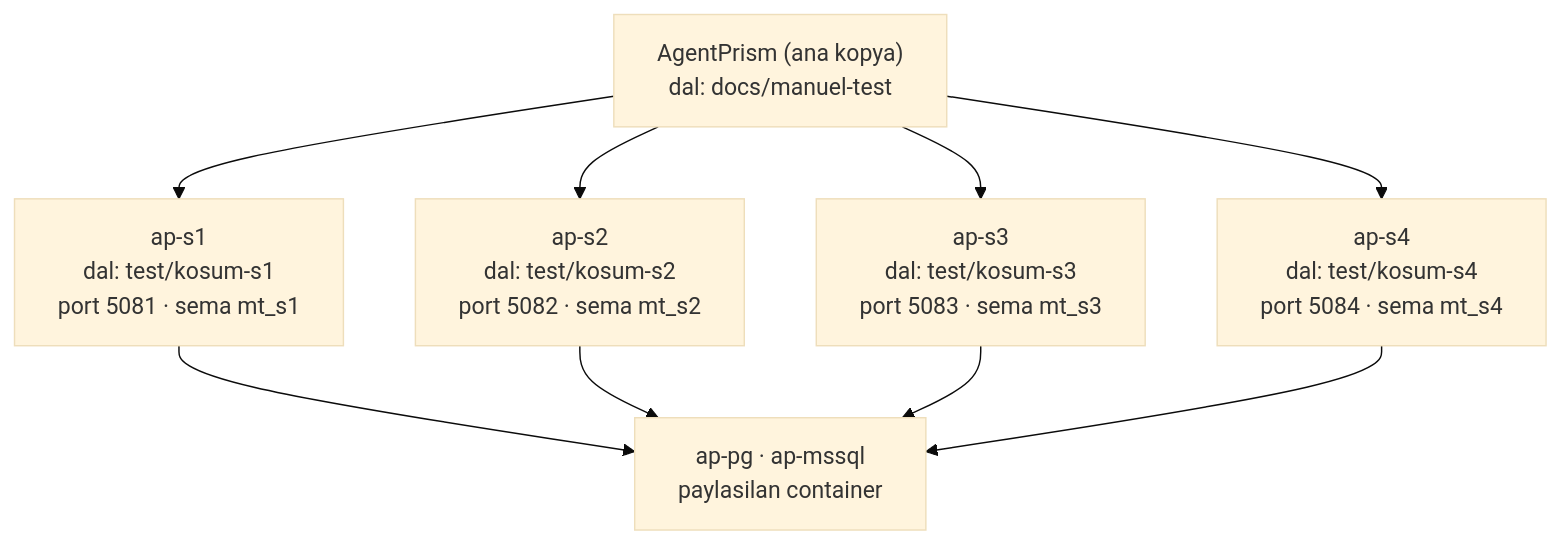
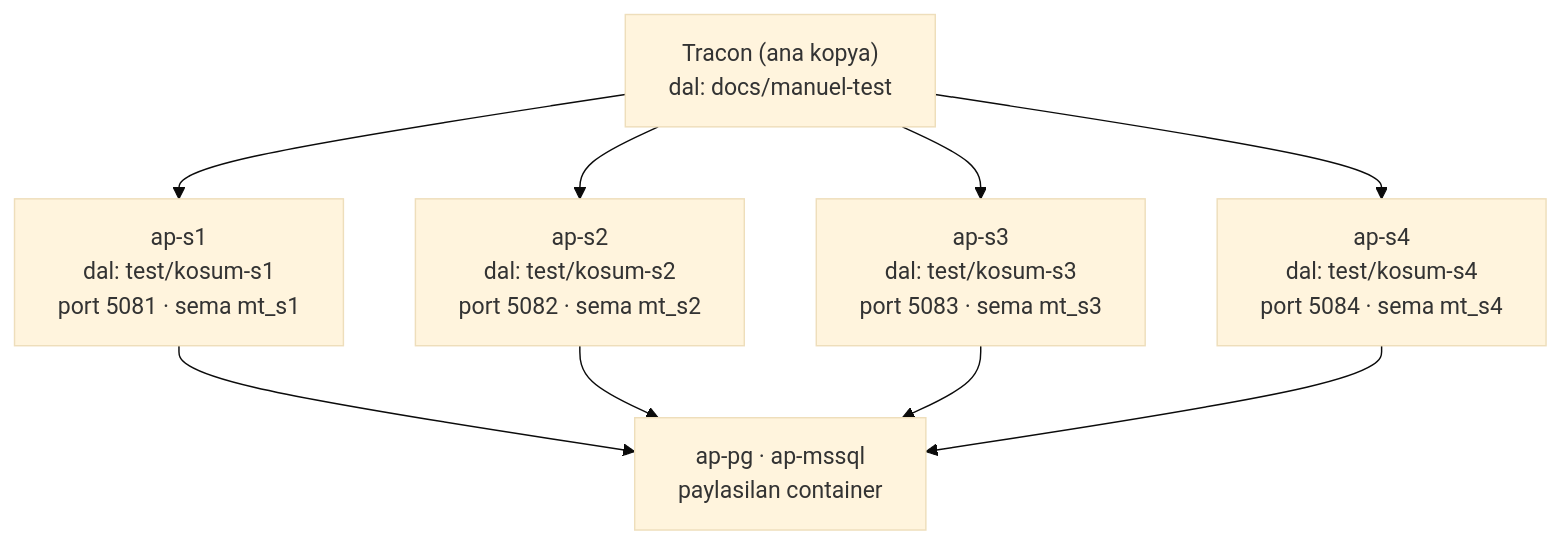
The first of 2 diagrams in docs/arsiv/manuel-test-kosum-2026-08/KOSUM-PLANI.md (farukatasoy/Tracon), drawn with Mermaid (base theme) before and after one commit. The commit also changed other lines of this file and 4535 other files, not shown here.

````diff
--- a/docs/arsiv/manuel-test-kosum-2026-08/KOSUM-PLANI.md
+++ b/docs/arsiv/manuel-test-kosum-2026-08/KOSUM-PLANI.md
@@ -147,11 +147,11 @@
 ```mermaid
 flowchart TD
-    R["AgentPrism (ana kopya)<br/>dal: docs/manuel-test"] --> W1["ap-s1<br/>dal: test/kosum-s1<br/>port 5081 · sema mt_s1"]
+    R["Tracon (ana kopya)<br/>dal: docs/manuel-test"] --> W1["ap-s1<br/>dal: test/kosum-s1<br/>port 5081 · sema mt_s1"]
     R --> W2["ap-s2<br/>dal: test/kosum-s2<br/>port 5082 · sema mt_s2"]
     R --> W3["ap-s3<br/>dal: test/kosum-s3<br/>port 5083 · sema mt_s3"]
     R --> W4["ap-s4<br/>dal: test/kosum-s4<br/>port 5084 · sema mt_s4"]
     W1 --> D["ap-pg · ap-mssql<br/>paylasilan container"]
     W2 --> D
     W3 --> D
     W4 --> D
 ```
````
